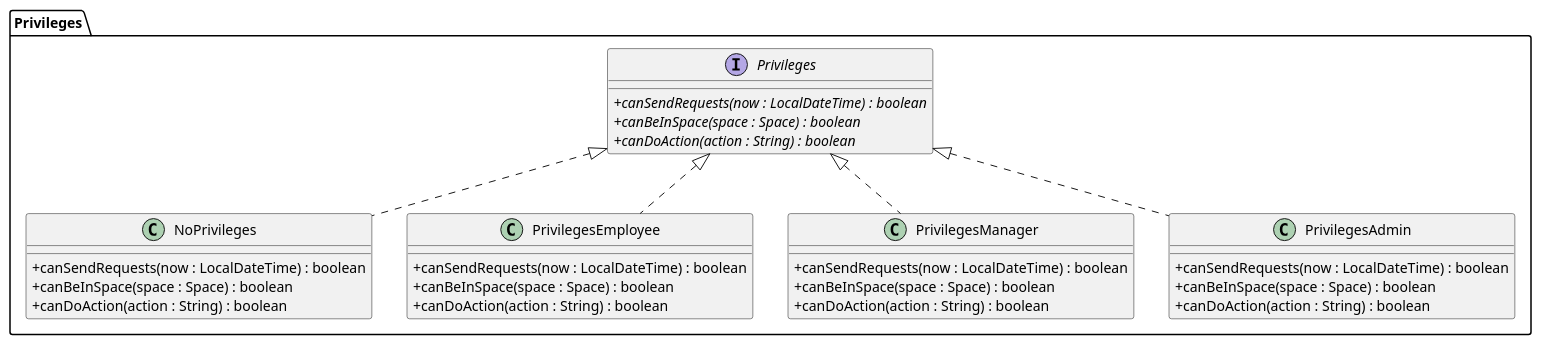
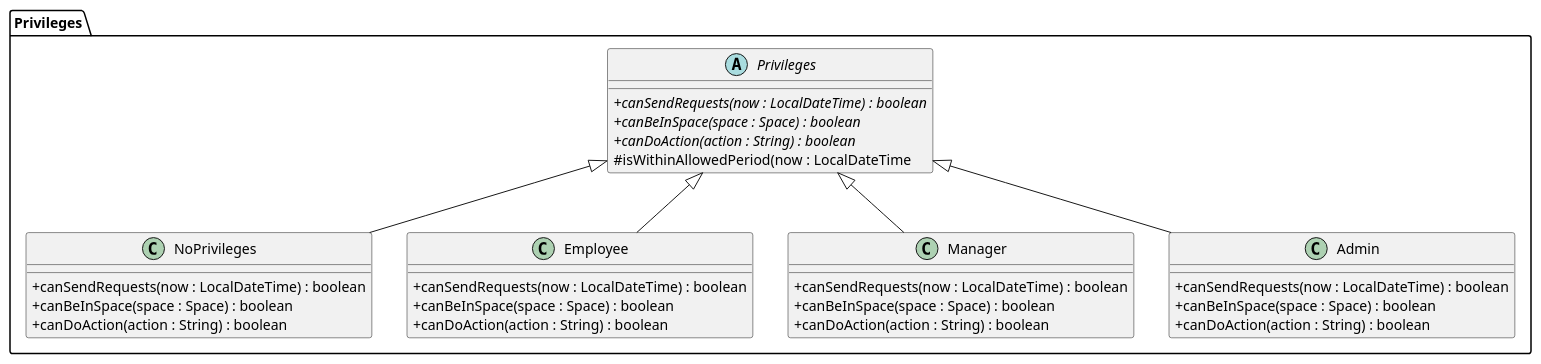
One commit to PatataZezy/PracticaDS changed the diagram in src/baseNoStates/uml/package_Privileges.puml. Above: the diagram before and after it, drawn with PlantUML. The commit also changed 16 other files, not shown here.

```diff
--- a/src/baseNoStates/uml/package_Privileges.puml
+++ b/src/baseNoStates/uml/package_Privileges.puml
@@ -1,36 +1,37 @@
 @startuml
 'https://plantuml.com/class-diagram
 skinparam classAttributeIconSize 0
 
 package "Privileges" {
-    interface "Privileges" {
+    abstract class "Privileges" {
         + {abstract} canSendRequests(now : LocalDateTime) : boolean
         + {abstract} canBeInSpace(space : Space) : boolean
         + {abstract} canDoAction(action : String) : boolean
+        # isWithinAllowedPeriod(now : LocalDateTime
     }
 
-    class NoPrivileges implements "Privileges" {
+    class NoPrivileges extends "Privileges" {
         + canSendRequests(now : LocalDateTime) : boolean
         + canBeInSpace(space : Space) : boolean
         + canDoAction(action : String) : boolean
     }
 
-    class PrivilegesEmployee implements "Privileges" {
+    class Employee extends "Privileges" {
         + canSendRequests(now : LocalDateTime) : boolean
         + canBeInSpace(space : Space) : boolean
         + canDoAction(action : String) : boolean
     }
 
-    class PrivilegesManager implements "Privileges" {
+    class Manager extends "Privileges" {
         + canSendRequests(now : LocalDateTime) : boolean
         + canBeInSpace(space : Space) : boolean
         + canDoAction(action : String) : boolean
     }
 
-    class PrivilegesAdmin implements "Privileges" {
+    class Admin extends "Privileges" {
         + canSendRequests(now : LocalDateTime) : boolean
         + canBeInSpace(space : Space) : boolean
         + canDoAction(action : String) : boolean
     }
 }
 @enduml
```
